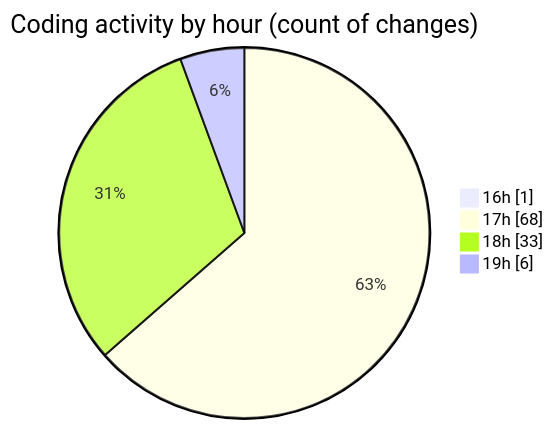
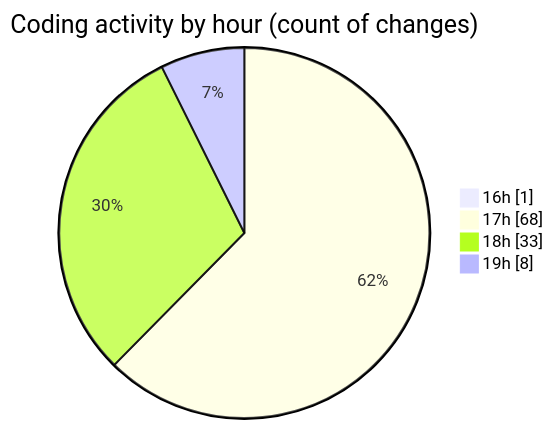
The second of 2 diagrams in 2025-05-27/studio-backend/README.md (idhammustaqopulfikri/code-tracking), drawn with Mermaid before and after one commit. The commit also changed other lines of this file and 1 other file, not shown here.

````diff
--- a/2025-05-27/studio-backend/README.md
+++ b/2025-05-27/studio-backend/README.md
@@ -64,8 +64,8 @@
 ```mermaid
 pie showData
 title Coding activity by hour (count of changes)
 "16h" : 1
 "17h" : 68
 "18h" : 33
-"19h" : 6
+"19h" : 8
 ```
````
